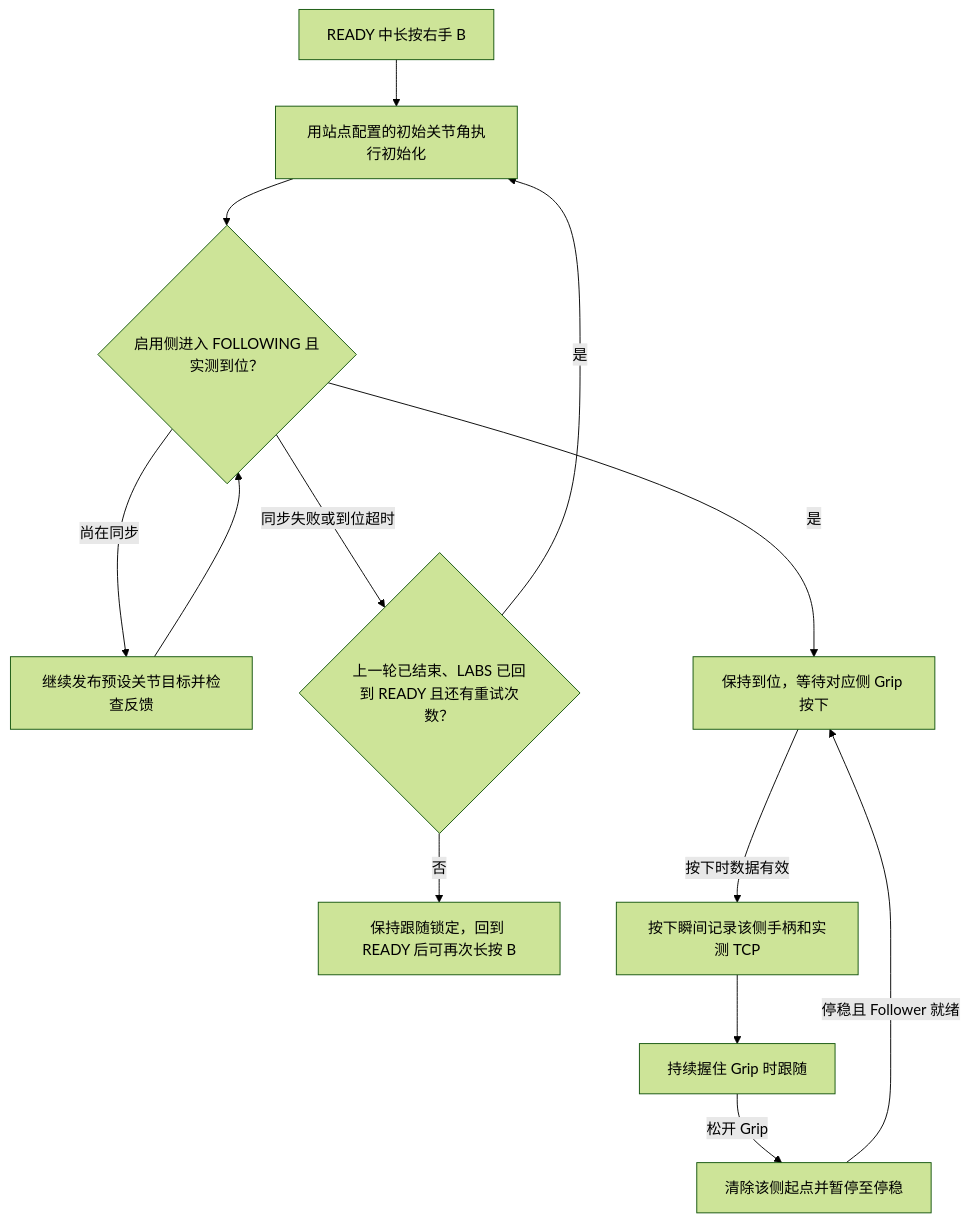
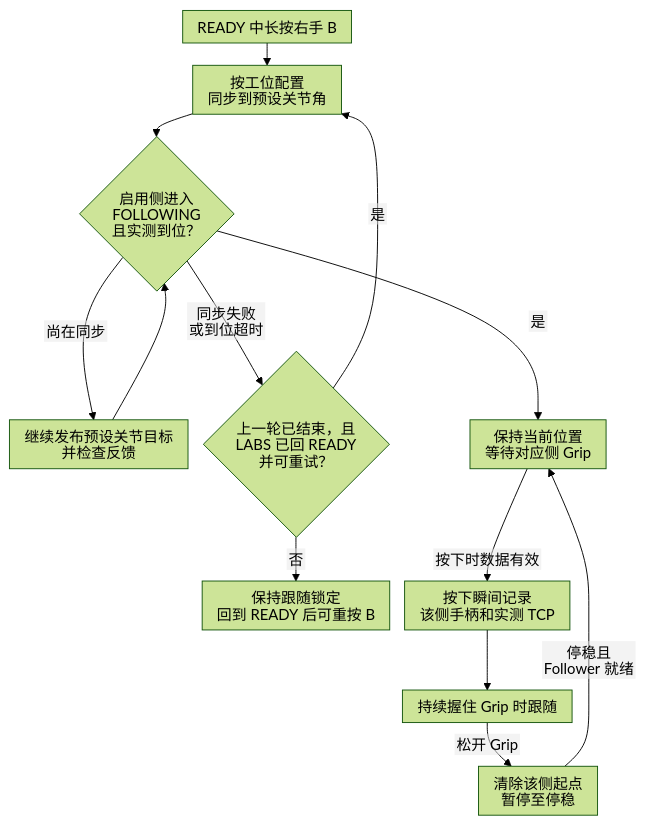
Before and after one commit to YYxzz8866/Quest-Proposal: the first of 4 diagrams in 7、遥操作同步、跟随及异常处理.md, drawn with Mermaid (forest theme). The commit also changed other lines of this file and 9 other files, not shown here.

````diff
--- a/7、遥操作同步、跟随及异常处理.md
+++ b/7、遥操作同步、跟随及异常处理.md
@@ -44,23 +26,24 @@
 ```mermaid
+%%{init: {"htmlLabels": false, "flowchart": {"htmlLabels": false, "useMaxWidth": true, "nodeSpacing": 16, "rankSpacing": 24, "padding": 8}}}%%
 flowchart TD
     BPress["READY 中长按右手 B"]
-    Init["用站点配置的初始关节角执行初始化"]
-    Done{"启用侧进入 FOLLOWING 且实测到位？"}
-    Wait["继续发布预设关节目标并检查反馈"]
-    Retry{"上一轮已结束、LABS 已回到 READY 且还有重试次数？"}
-    Hold["保持跟随锁定，回到 READY 后可再次长按 B"]
-    WaitGrip["保持到位，等待对应侧 Grip 按下"]
-    Anchor["按下瞬间记录该侧手柄和实测 TCP"]
+    Init["按工位配置<br/>同步到预设关节角"]
+    Done{"启用侧进入<br/>FOLLOWING<br/>且实测到位？"}
+    Wait["继续发布预设关节目标<br/>并检查反馈"]
+    Retry{"上一轮已结束，且<br/>LABS 已回 READY<br/>并可重试？"}
+    Hold["保持跟随锁定<br/>回到 READY 后可重按 B"]
+    WaitGrip["保持当前位置<br/>等待对应侧 Grip"]
+    Anchor["按下瞬间记录<br/>该侧手柄和实测 TCP"]
     Track["持续握住 Grip 时跟随"]
-    Pause["清除该侧起点并暂停至停稳"]
+    Pause["清除该侧起点<br/>暂停至停稳"]
 
     BPress --> Init --> Done
     Done -->|是| WaitGrip
     Done -->|尚在同步| Wait --> Done
-    Done -->|同步失败或到位超时| Retry
+    Done -->|"同步失败<br/>或到位超时"| Retry
     Retry -->|是| Init
     Retry -->|否| Hold
     WaitGrip -->|按下时数据有效| Anchor --> Track
     Track -->|松开 Grip| Pause
-    Pause -->|停稳且 Follower 就绪| WaitGrip
+    Pause -->|"停稳且<br/>Follower 就绪"| WaitGrip
 ```
````
